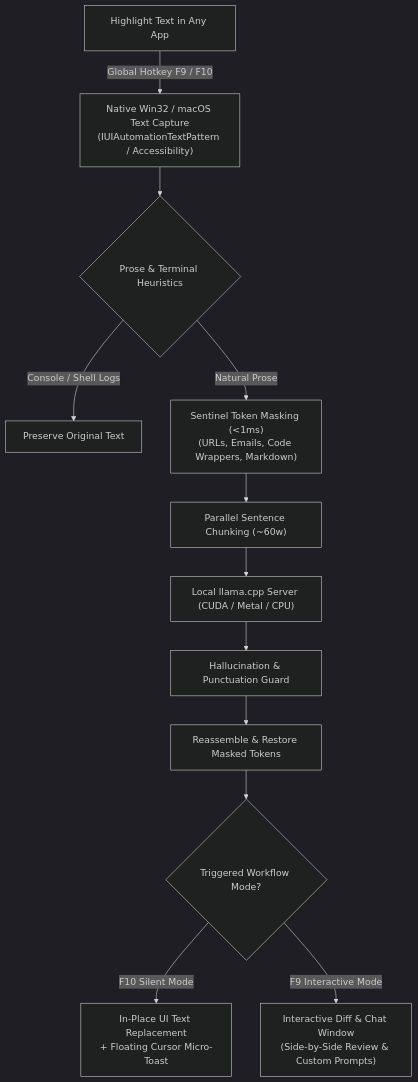
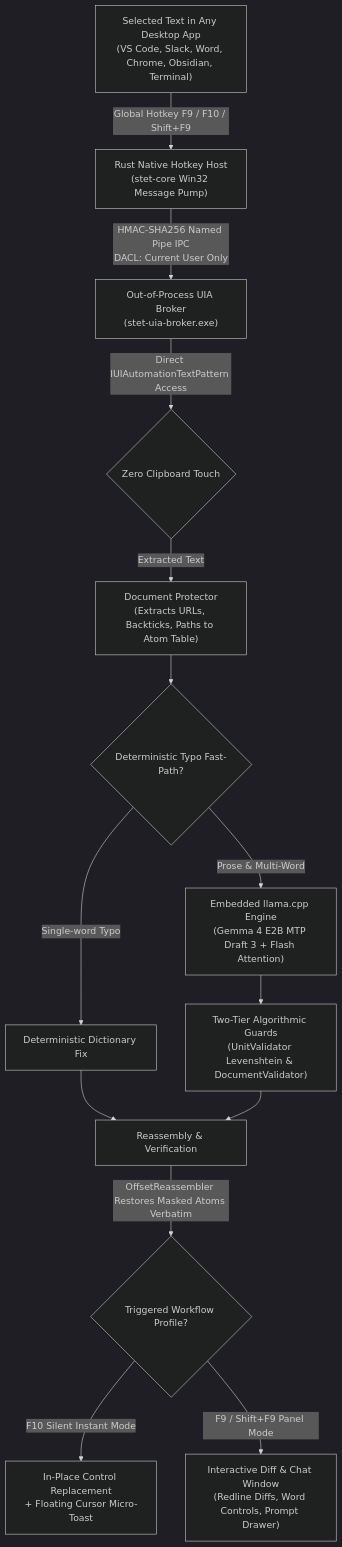
One commit to AmrZriek/Stet changed the diagram in README.md. Above: the diagram before and after it, drawn with Mermaid (dark theme). The commit also changed other lines of this file and 58 other files, not shown here.

First line of the commit message:
feat: release v1.4.0 native core rewrite

````diff
--- a/README.md
+++ b/README.md
@@ -143,14 +68,16 @@
 ```mermaid
 graph TD
-    A["Highlight Text in Any App"] -->|Global Hotkey F9 / F10| B["Native Win32 / macOS Text Capture<br>(IUIAutomationTextPattern / Accessibility)"]
-    B --> C{"Prose & Terminal Heuristics"}
-    C -->|Console / Shell Logs| D["Preserve Original Text"]
-    C -->|Natural Prose| E["Sentinel Token Masking (&lt;1ms)<br>(URLs, Emails, Code Wrappers, Markdown)"]
-    E --> F["Parallel Sentence Chunking (~60w)"]
-    F --> G["Local llama.cpp Server (CUDA / Metal / CPU)"]
-    G --> H["Hallucination & Punctuation Guard"]
-    H --> I["Reassemble & Restore Masked Tokens"]
-    I --> J{"Triggered Workflow Mode?"}
-    J -->|F10 Silent Mode| K["In-Place UI Text Replacement<br>+ Floating Cursor Micro-Toast"]
-    J -->|F9 Interactive Mode| L["Interactive Diff & Chat Window<br>(Side-by-Side Review & Custom Prompts)"]
+    A["Selected Text in Any Desktop App<br>(VS Code, Slack, Word, Chrome, Obsidian, Terminal)"] -->|Global Hotkey F9 / F10 / Shift+F9| B["Rust Native Hotkey Host<br>(stet-core Win32 Message Pump)"]
+    B -->|HMAC-SHA256 Named Pipe IPC<br>DACL: Current User Only| C["Out-of-Process UIA Broker<br>(stet-uia-broker.exe)"]
+    C -->|Direct IUIAutomationTextPattern Access| D{"Zero Clipboard Touch"}
+    D -->|Extracted Text| E["Document Protector<br>(Extracts URLs, Backticks, Paths to Atom Table)"]
+    E --> F{"Deterministic Typo Fast-Path?"}
+    F -->|Single-word Typo| G["Deterministic Dictionary Fix"]
+    F -->|Prose &amp; Multi-Word| H["Embedded llama.cpp Engine<br>(Gemma 4 E2B MTP Draft 3 + Flash Attention)"]
+    G --> I["Reassembly &amp; Verification"]
+    H --> J["Two-Tier Algorithmic Guards<br>(UnitValidator Levenshtein &amp; DocumentValidator)"]
+    J --> I
+    I -->|OffsetReassembler Restores Masked Atoms Verbatim| K{"Triggered Workflow Profile?"}
+    K -->|F10 Silent Instant Mode| L["In-Place Control Replacement<br>+ Floating Cursor Micro-Toast"]
+    K -->|F9 / Shift+F9 Panel Mode| M["Interactive Diff &amp; Chat Window<br>(Redline Diffs, Word Controls, Prompt Drawer)"]
 ```
````
